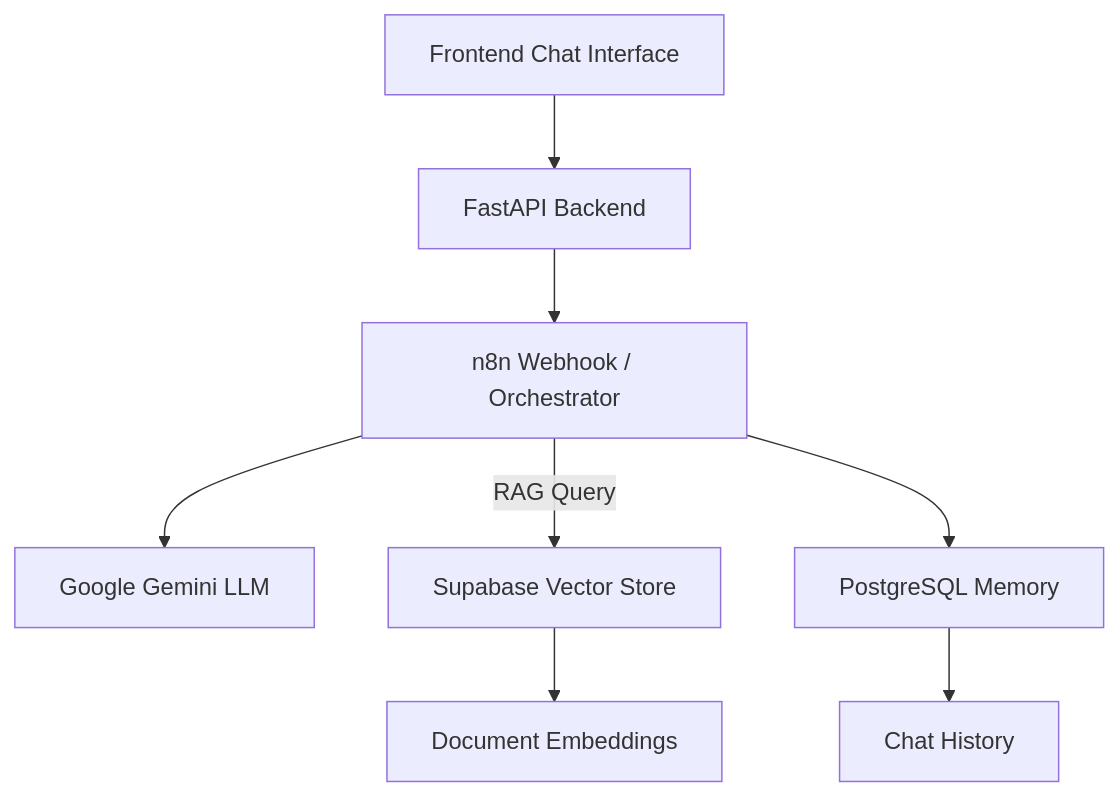
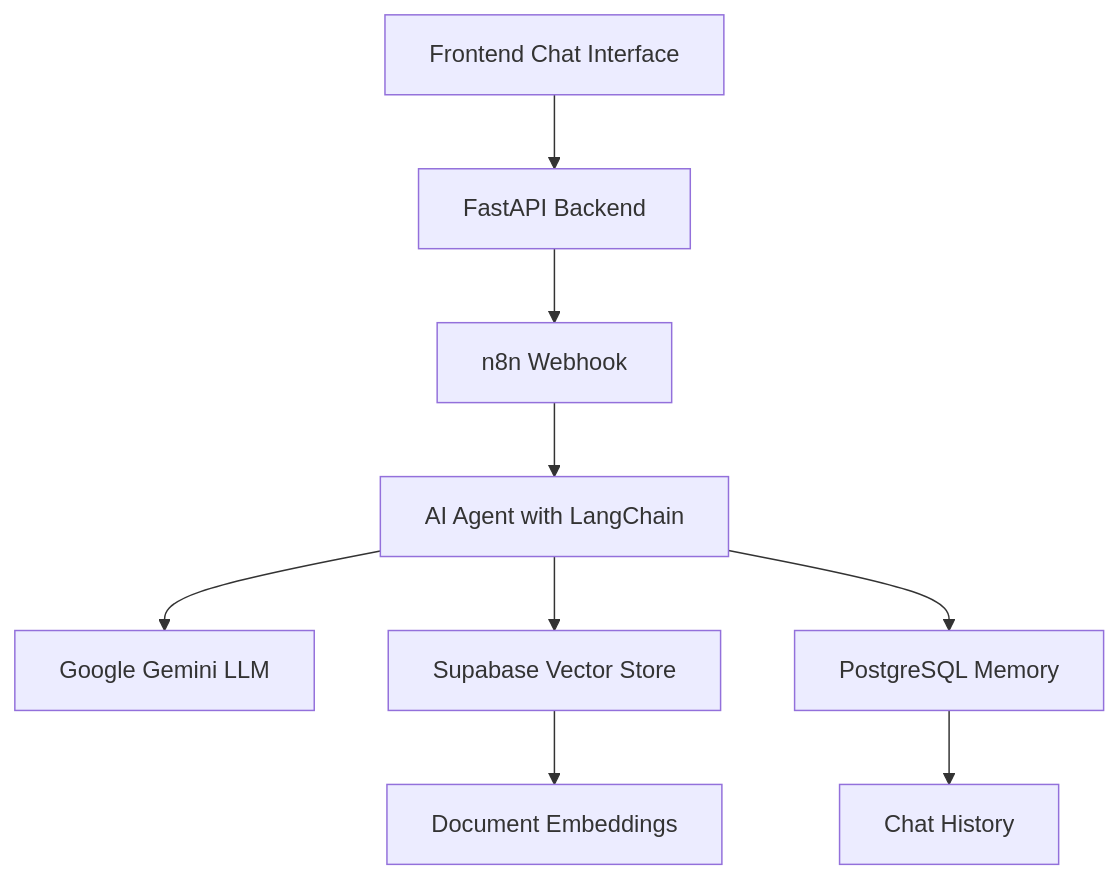
The diagram in README.md (TechnoMachiene/Aizonix_Rag_App), drawn with Mermaid before and after one commit.

````diff
--- a/README.md
+++ b/README.md
@@ -17,10 +17,11 @@
 ```mermaid
 graph TB
     A[Frontend Chat Interface] --> B[FastAPI Backend]
-    B --> C[n8n Webhook / Orchestrator]
-    C --> G[Google Gemini LLM]
-    C -->|RAG Query| D[Supabase Vector Store]
-    D --> H[Document Embeddings]
-    C --> I[PostgreSQL Memory]
-    I --> E[Chat History]
+    B --> C[n8n Webhook]
+    C --> D[AI Agent with LangChain]
+    D --> E[Google Gemini LLM]
+    D --> F[Supabase Vector Store]
+    D --> G[PostgreSQL Memory]
+    F --> H[Document Embeddings]
+    G --> I[Chat History]
 ```
````
